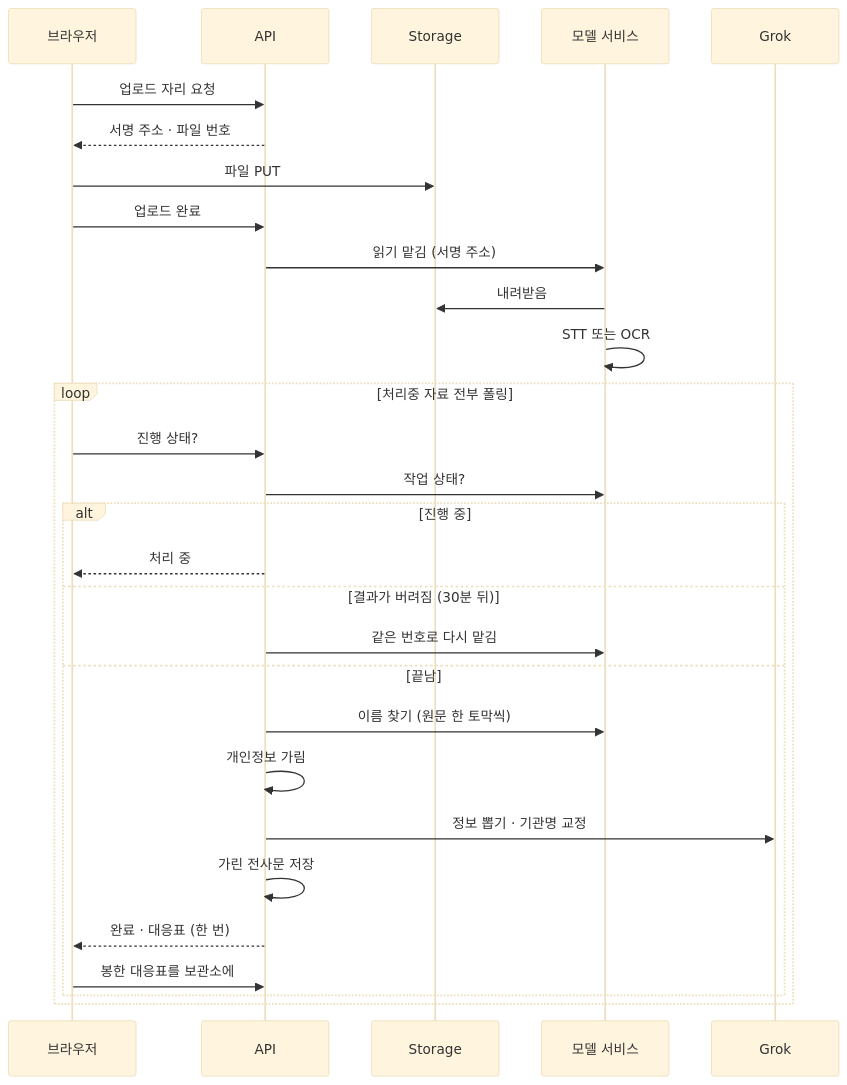
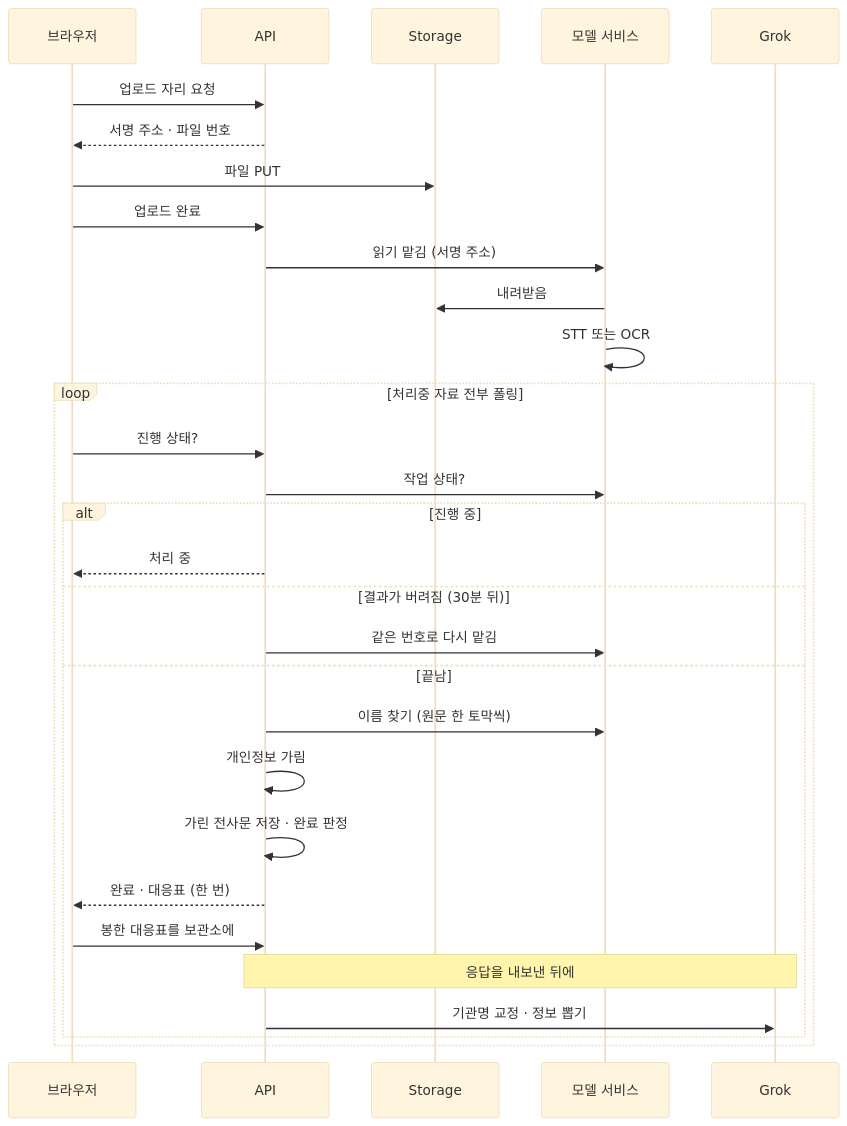
The ninth of 10 diagrams in ARCHITECTURE.md (Dojaegyum/fsec-ai-challenge), drawn with Mermaid (base theme) before and after one commit. The commit also changed other lines of this file, not shown here.

First line of the commit message:
ARCHITECTURE.md 를 09-06 저녁 main 에 맞춘다 — 선별 모델 이름 · 속도 제한 표 · 마이그레이션 0011 · 응답 뒤에 도는 일 · 접수번호 판정 · 감사 chat.selected

````diff
--- a/ARCHITECTURE.md
+++ b/ARCHITECTURE.md
@@ -353,33 +355,34 @@
 ```mermaid
 sequenceDiagram
     participant B as 브라우저
     participant A as API
     participant S as Storage
     participant M as 모델 서비스
     participant G as Grok
 
     B->>A: 업로드 자리 요청
     A-->>B: 서명 주소 · 파일 번호
     B->>S: 파일 PUT
     B->>A: 업로드 완료
     A->>M: 읽기 맡김 (서명 주소)
     M->>S: 내려받음
     M->>M: STT 또는 OCR
 
     loop 처리중 자료 전부 폴링
         B->>A: 진행 상태?
         A->>M: 작업 상태?
         alt 진행 중
             A-->>B: 처리 중
         else 결과가 버려짐 (30분 뒤)
             A->>M: 같은 번호로 다시 맡김
         else 끝남
             A->>M: 이름 찾기 (원문 한 토막씩)
             A->>A: 개인정보 가림
-            A->>G: 정보 뽑기 · 기관명 교정
-            A->>A: 가린 전사문 저장
+            A->>A: 가린 전사문 저장 · 완료 판정
             A-->>B: 완료 · 대응표 (한 번)
             B->>A: 봉한 대응표를 보관소에
+            Note over A,G: 응답을 내보낸 뒤에
+            A->>G: 기관명 교정 · 정보 뽑기
         end
     end
 ```
````
